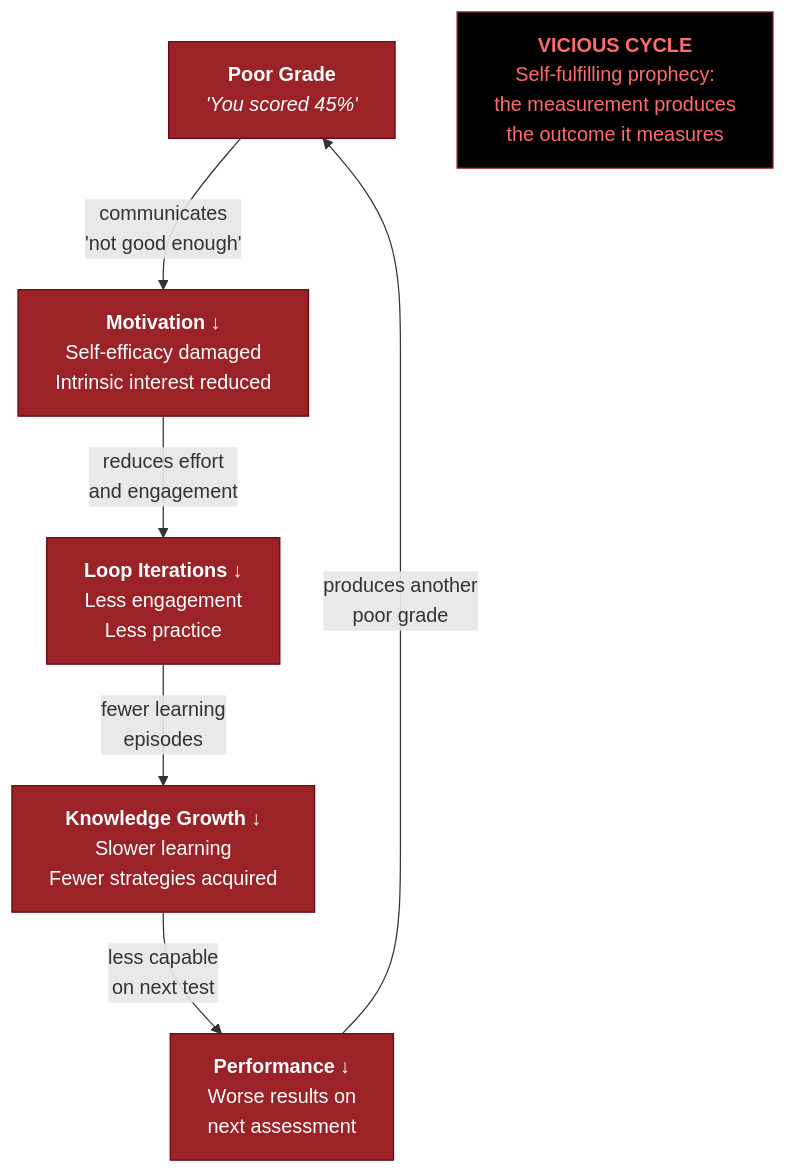
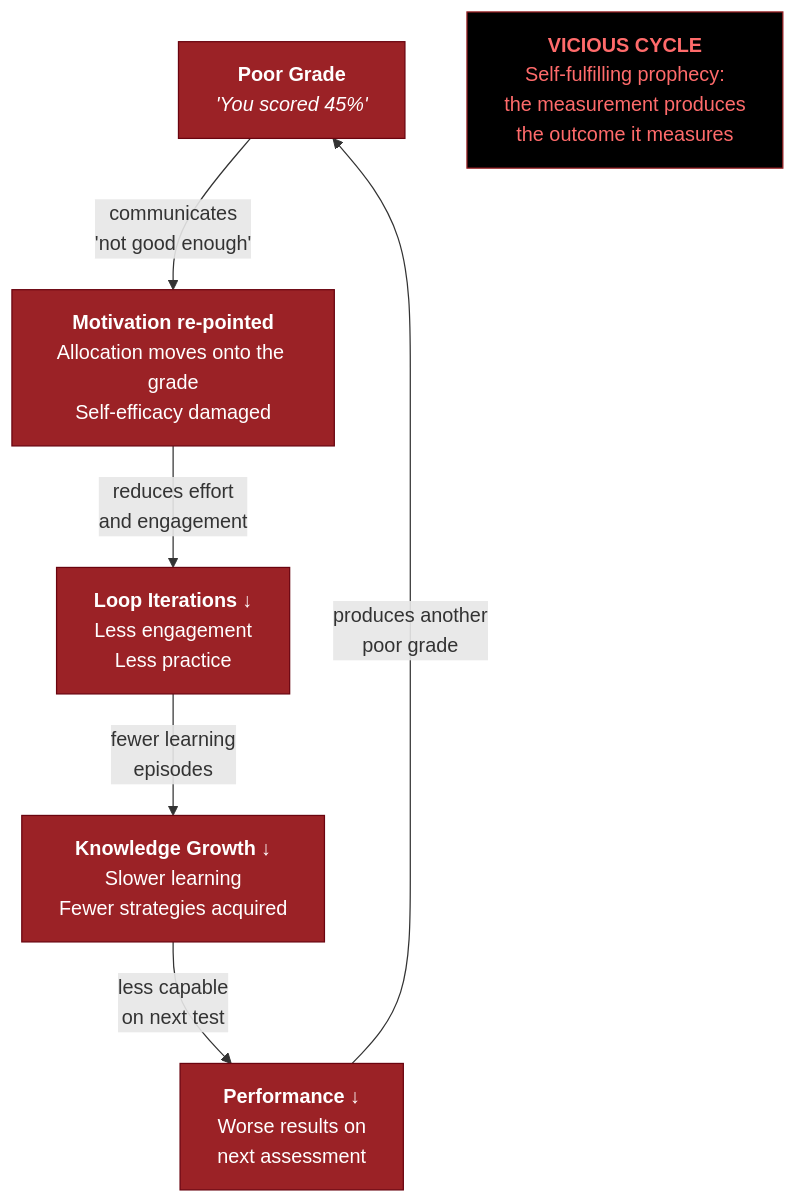
Before and after one commit to JeltzProstetnic/aIware: the diagram in wiki/education/school-grade-disaster.md, drawn with Mermaid. The commit also changed other lines of this file and 124 other files, not shown here.

````diff
--- a/wiki/education/school-grade-disaster.md
+++ b/wiki/education/school-grade-disaster.md
@@ -50,23 +54,23 @@
 ```mermaid
 graph TD
     G["<b>Poor Grade</b><br/><i>'You scored 45%'</i>"]
-    M["<b>Motivation ↓</b><br/>Self-efficacy damaged<br/>Intrinsic interest reduced"]
+    M["<b>Motivation re-pointed</b><br/>Allocation moves onto the grade<br/>Self-efficacy damaged"]
     L["<b>Loop Iterations ↓</b><br/>Less engagement<br/>Less practice"]
     K["<b>Knowledge Growth ↓</b><br/>Slower learning<br/>Fewer strategies acquired"]
     P["<b>Performance ↓</b><br/>Worse results on<br/>next assessment"]
 
     G -->|"communicates<br/>'not good enough'"| M
     M -->|"reduces effort<br/>and engagement"| L
     L -->|"fewer learning<br/>episodes"| K
     K -->|"less capable<br/>on next test"| P
     P -->|"produces another<br/>poor grade"| G
 
     style G fill:#9b2226,color:#fff,stroke:#6a040f
     style M fill:#9b2226,color:#fff,stroke:#6a040f
     style L fill:#9b2226,color:#fff,stroke:#6a040f
     style K fill:#9b2226,color:#fff,stroke:#6a040f
     style P fill:#9b2226,color:#fff,stroke:#6a040f
 
     V["<b>VICIOUS CYCLE</b><br/>Self-fulfilling prophecy:<br/>the measurement produces<br/>the outcome it measures"]
     style V fill:#000,color:#ff6b6b,stroke:#9b2226
 ```
````
